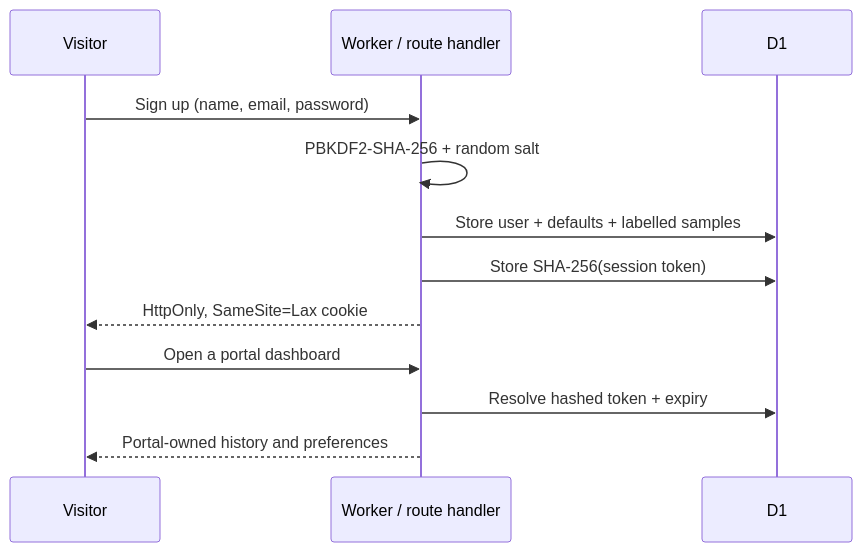
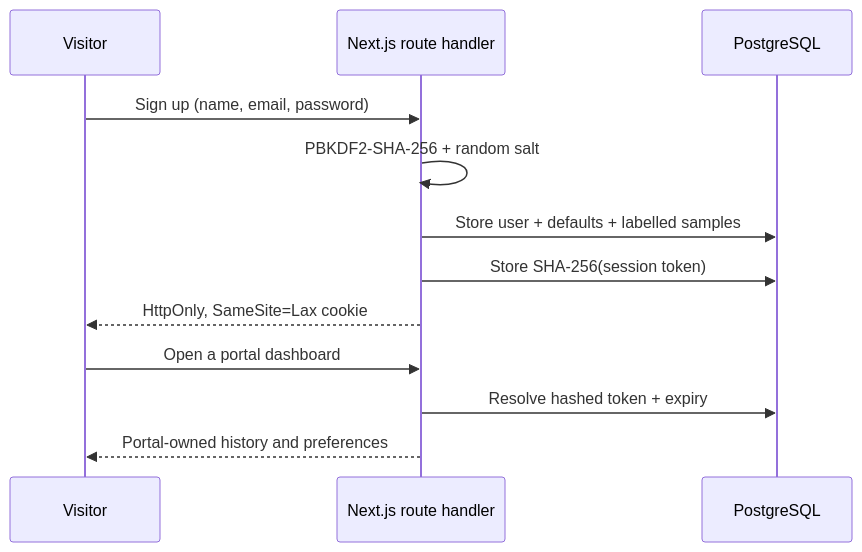
One commit to papershaper07x/papershapers_new changed the second of 3 diagrams in docs/SYSTEM_DESIGN.md. Above: the diagram before and after it, drawn with Mermaid. The commit also changed other lines of this file and 33 other files, not shown here.

Commit message:
Migrate Paper Shapers persistence to PostgreSQL

````diff
--- a/docs/SYSTEM_DESIGN.md
+++ b/docs/SYSTEM_DESIGN.md
@@ -33,14 +33,14 @@
 ```mermaid
 sequenceDiagram
   participant V as Visitor
-  participant W as Worker / route handler
-  participant D as D1
+  participant W as Next.js route handler
+  participant D as PostgreSQL
   V->>W: Sign up (name, email, password)
   W->>W: PBKDF2-SHA-256 + random salt
   W->>D: Store user + defaults + labelled samples
   W->>D: Store SHA-256(session token)
   W-->>V: HttpOnly, SameSite=Lax cookie
   V->>W: Open a portal dashboard
   W->>D: Resolve hashed token + expiry
   W-->>V: Portal-owned history and preferences
 ```
````
